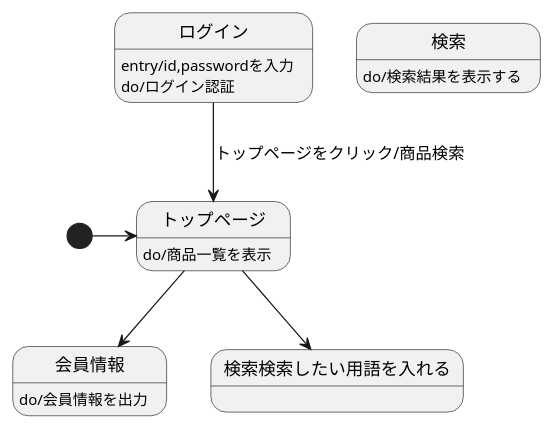
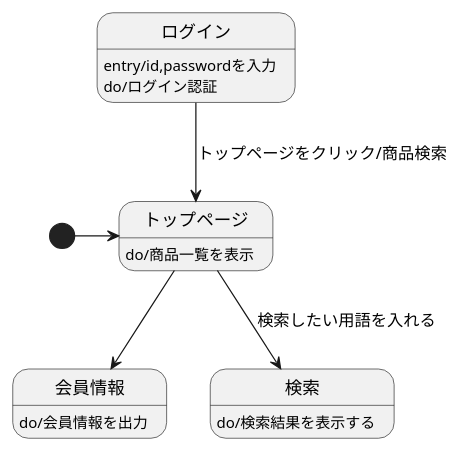
Before and after one commit to Aso2001224/2021sys-design: the diagram in 画面遷移図(original).md, drawn with PlantUML.

````diff
--- a/画面遷移図(original).md
+++ b/画面遷移図(original).md
@@ -1,13 +1,13 @@
 ```uml
 @startuml
 [*]->トップページ
 トップページ:do/商品一覧を表示
 ログイン-->トップページ:トップページをクリック/商品検索
 ログイン:entry/id,passwordを入力
 ログイン:do/ログイン認証
 トップページ-->会員情報
 会員情報:do/会員情報を出力
-トップページ-->検索検索したい用語を入れる
+トップページ-->検索 :検索したい用語を入れる
 検索:do/検索結果を表示する
 @enduml
 ```
````
